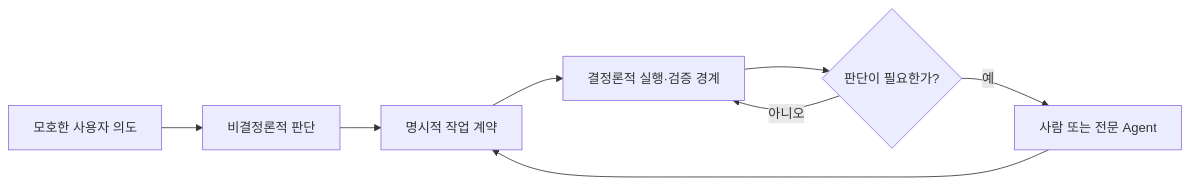
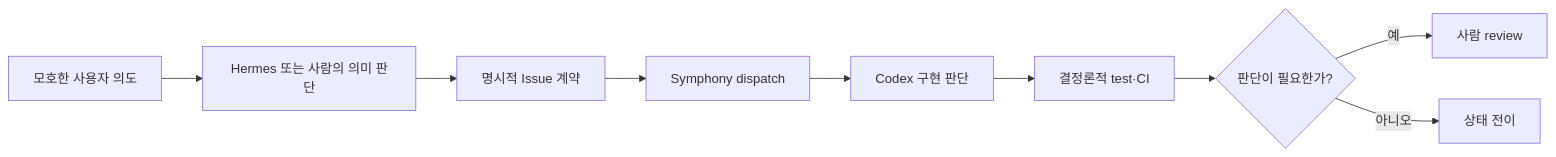
The fourth of 11 diagrams in docs/ai-agent-systems/harness-engineering-codex-hermes-orchestra.md (yjs000/wiki), drawn with Mermaid before and after one commit. The commit also changed other lines of this file and 6 other files, not shown here.

````diff
--- a/docs/ai-agent-systems/harness-engineering-codex-hermes-orchestra.md
+++ b/docs/ai-agent-systems/harness-engineering-codex-hermes-orchestra.md
@@ -379,10 +350,11 @@
 ```mermaid
 flowchart LR
-    I[모호한 사용자 의도] --> N[비결정론적 판단]
-    N --> C[명시적 작업 계약]
-    C --> D[결정론적 실행·검증 경계]
-    D --> E{판단이 필요한가?}
-    E -- 아니오 --> D
-    E -- 예 --> H[사람 또는 전문 Agent]
-    H --> C
+    I[모호한 사용자 의도] --> N[Hermes 또는 사람의 의미 판단]
+    N --> C[명시적 Issue 계약]
+    C --> S[Symphony dispatch]
+    S --> A[Codex 구현 판단]
+    A --> V[결정론적 test·CI]
+    V --> R{판단이 필요한가?}
+    R -- 예 --> H[사람 review]
+    R -- 아니오 --> D[상태 전이]
 ```
````
